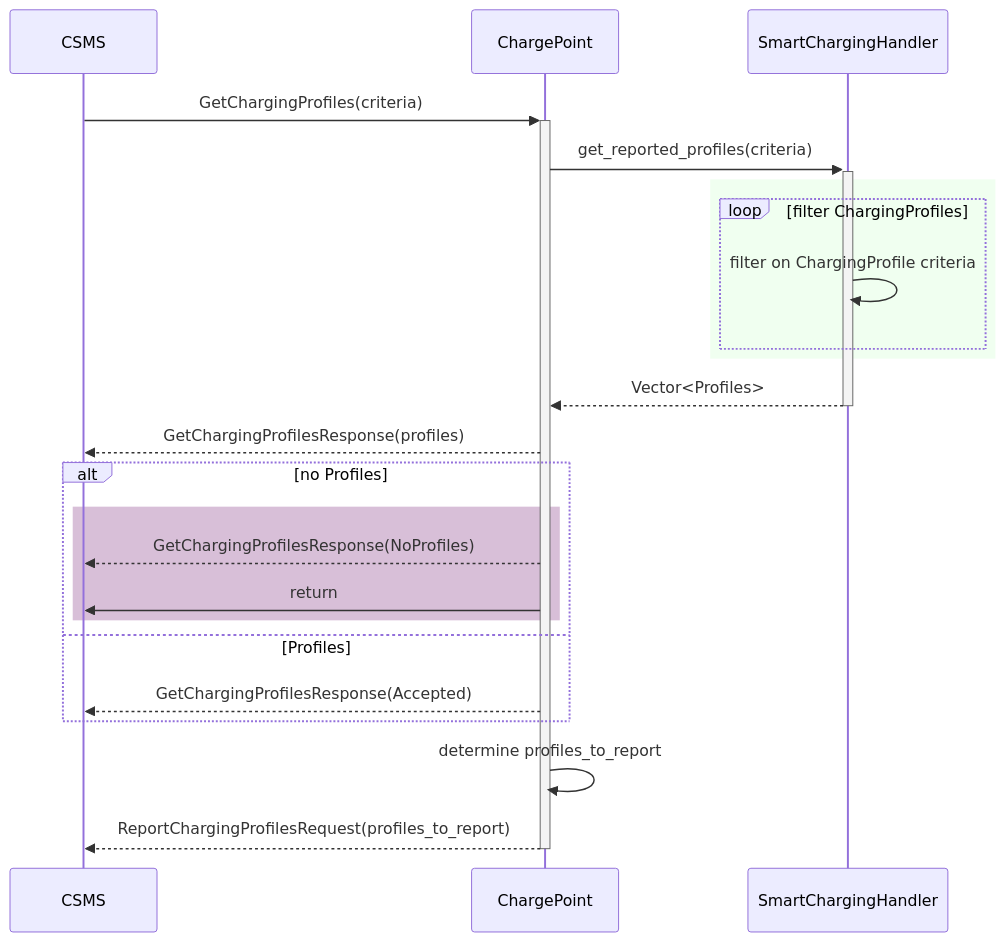
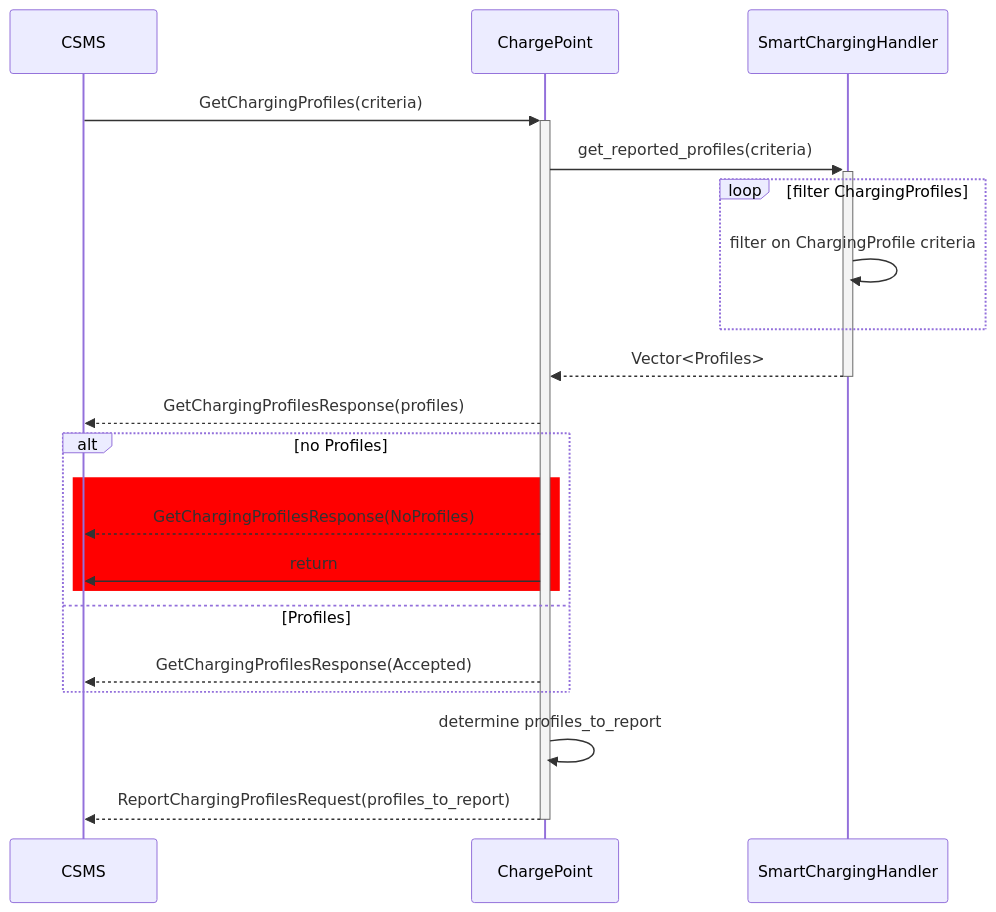
One commit to EVerest/libocpp changed the third of 4 diagrams in README.md. Above: the diagram before and after it, drawn with Mermaid. The commit also changed other lines of this file, not shown here.

Commit message:
Updated diagram colors for README as per PR review

````diff
--- a/README.md
+++ b/README.md
@@ -578,31 +569,29 @@
 ```mermaid
 sequenceDiagram
 
     CSMS->>+ChargePoint: GetChargingProfiles(criteria)
 
     ChargePoint->>+SmartChargingHandler : get_reported_profiles(criteria)
 
-    rect Honeydew
-        loop filter ChargingProfiles
-            SmartChargingHandler->>SmartChargingHandler: filter on ChargingProfile criteria 
-        end
+    loop filter ChargingProfiles
+        SmartChargingHandler->>SmartChargingHandler: filter on ChargingProfile criteria 
     end
 
     SmartChargingHandler-->>-ChargePoint : Vector<Profiles>
 
     ChargePoint-->>CSMS : GetChargingProfilesResponse(profiles)
 
     alt no Profiles
-    rect Thistle
+    rect Red
         ChargePoint-->>CSMS : GetChargingProfilesResponse(NoProfiles) 
         ChargePoint->>CSMS : return
     end
         
     else Profiles
         ChargePoint-->>CSMS : GetChargingProfilesResponse(Accepted)
     end
 
     ChargePoint->>ChargePoint : determine profiles_to_report
 
     ChargePoint-->>-CSMS : ReportChargingProfilesRequest(profiles_to_report)
 ```
````
